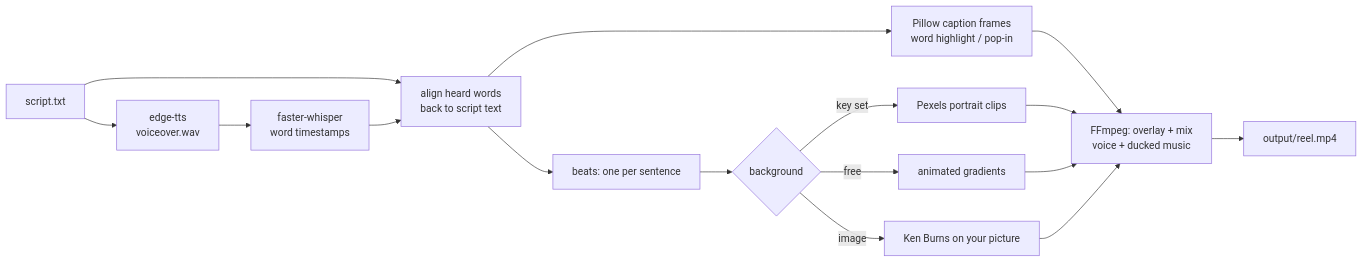
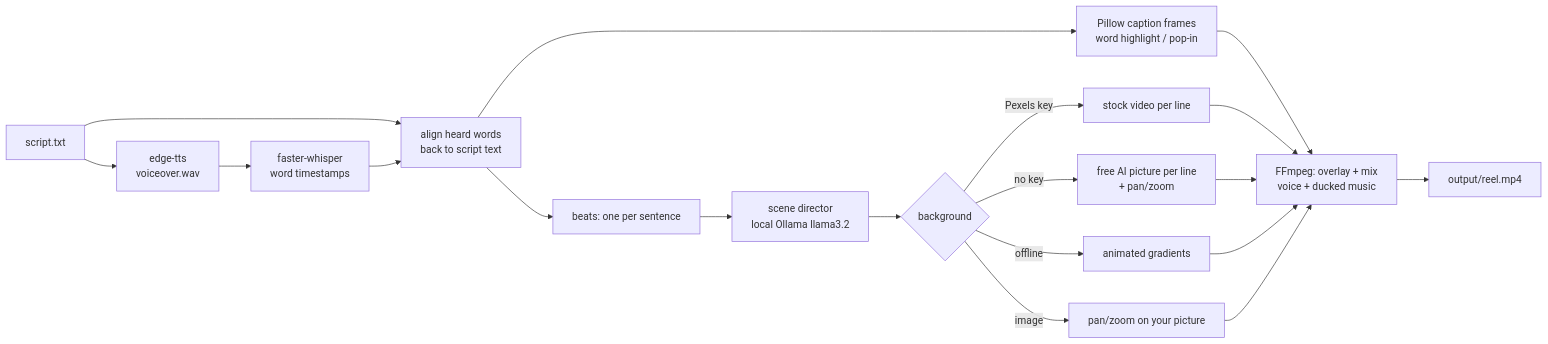
The diagram in README.md (Omkar210404/Reel-Forge), drawn with Mermaid before and after one commit. The commit also changed other lines of this file and 1 other file, not shown here.

Commit message:
ui picture style option, update readme

````diff
--- a/README.md
+++ b/README.md
@@ -7,18 +7,21 @@
 ```mermaid
 flowchart LR
     S[script.txt] --> V[edge-tts<br/>voiceover.wav]
     V --> W[faster-whisper<br/>word timestamps]
     S --> A[align heard words<br/>back to script text]
     W --> A
     A --> C[Pillow caption frames<br/>word highlight / pop-in]
     A --> B[beats: one per sentence]
-    B --> P{background}
-    P -->|key set| X[Pexels portrait clips]
-    P -->|free| G[animated gradients]
-    P -->|image| K[Ken Burns on your picture]
+    B --> D[scene director<br/>local Ollama llama3.2]
+    D --> P{background}
+    P -->|Pexels key| X[stock video per line]
+    P -->|no key| AI[free AI picture per line<br/>+ pan/zoom]
+    P -->|offline| G[animated gradients]
+    P -->|image| K[pan/zoom on your picture]
     C --> F[FFmpeg: overlay + mix<br/>voice + ducked music]
     X --> F
+    AI --> F
     G --> F
     K --> F
     F --> O[output/reel.mp4]
 ```
````
